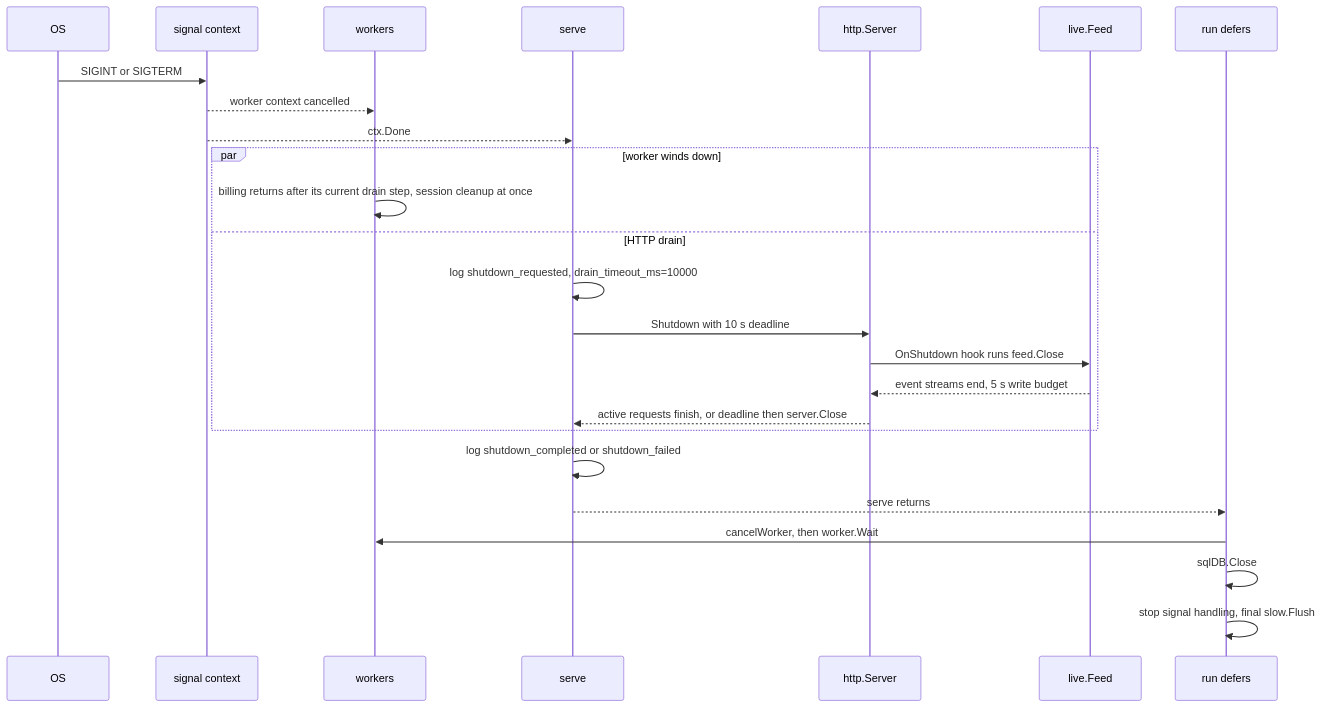
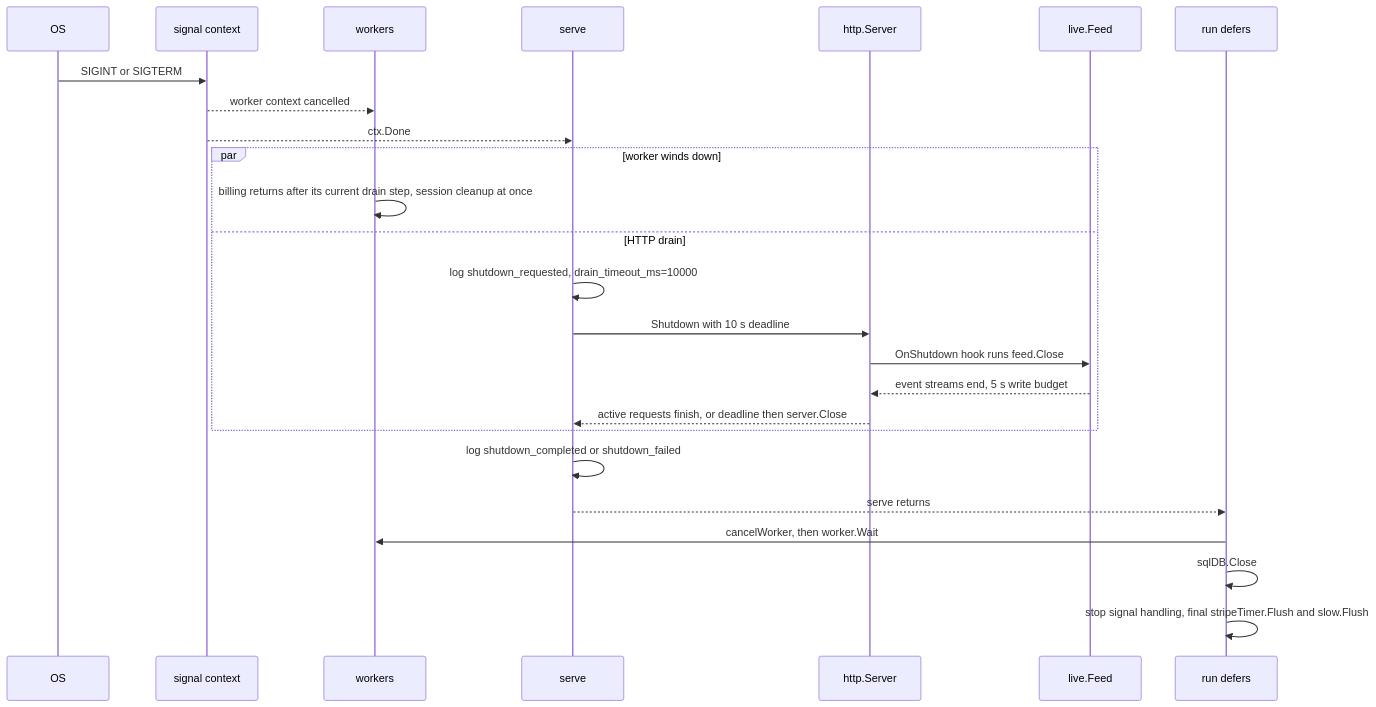
One commit to devGabriel131/ProjectHermes changed the second of 2 diagrams in docs/operations/startup-shutdown.md. Above: the diagram before and after it, drawn with Mermaid. The commit also changed other lines of this file and 38 other files, not shown here.

````diff
--- a/docs/operations/startup-shutdown.md
+++ b/docs/operations/startup-shutdown.md
@@ -98,28 +98,28 @@
 ```mermaid
 sequenceDiagram
   participant OS
   participant Sig as signal context
   participant W as workers
   participant S as serve
   participant H as http.Server
   participant F as live.Feed
   participant D as run defers
 
   OS->>Sig: SIGINT or SIGTERM
   Sig-->>W: worker context cancelled
   Sig-->>S: ctx.Done
   par worker winds down
     W->>W: billing returns after its current drain step, session cleanup at once
   and HTTP drain
     S->>S: log shutdown_requested, drain_timeout_ms=10000
     S->>H: Shutdown with 10 s deadline
     H->>F: OnShutdown hook runs feed.Close
     F-->>H: event streams end, 5 s write budget
     H-->>S: active requests finish, or deadline then server.Close
   end
   S->>S: log shutdown_completed or shutdown_failed
   S-->>D: serve returns
   D->>W: cancelWorker, then worker.Wait
   D->>D: sqlDB.Close
-  D->>D: stop signal handling, final slow.Flush
+  D->>D: stop signal handling, final stripeTimer.Flush and slow.Flush
 ```
````
